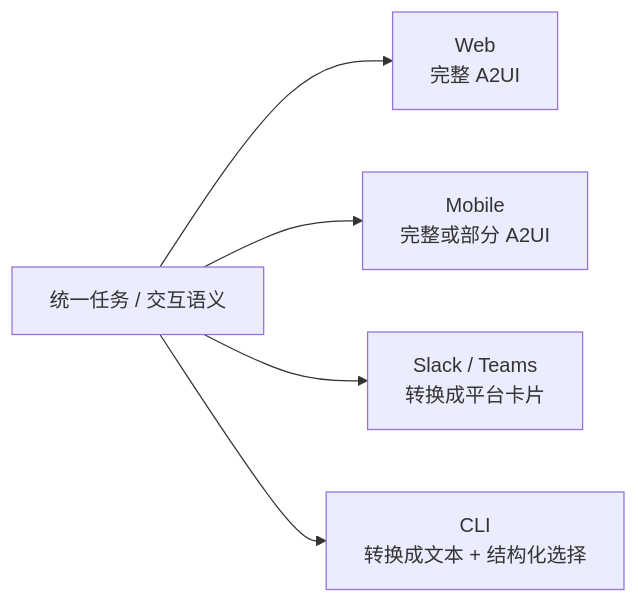
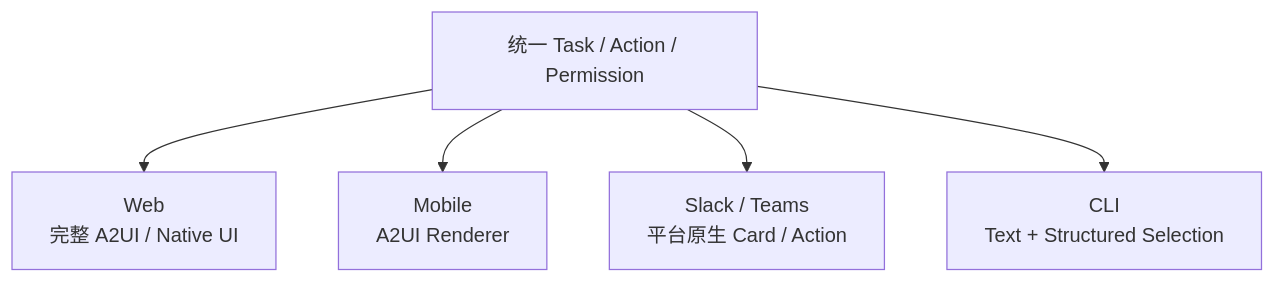
One commit to Nunchakus888/dossierkit changed the seventh of 12 diagrams in profiles/default/content/zh/notes/ag-ui-a2ui-agent-runtime-generative-ui-ai-native.mdx. Above: the diagram before and after it, drawn with Mermaid. The commit also changed other lines of this file, not shown here.

```diff
--- a/profiles/default/content/zh/notes/ag-ui-a2ui-agent-runtime-generative-ui-ai-native.mdx
+++ b/profiles/default/content/zh/notes/ag-ui-a2ui-agent-runtime-generative-ui-ai-native.mdx
@@ -428,7 +326,8 @@
 ~~~mermaid
-flowchart LR
-  A["统一任务 / 交互语义"] --> W["Web\n完整 A2UI"]
-  A --> APP["Mobile\n完整或部分 A2UI"]
-  A --> S["Slack / Teams\n转换成平台卡片"]
-  A --> C["CLI\n转换成文本 + 结构化选择"]
+flowchart TB
+  T["统一 Task / Action / Permission"]
+  T --> W["Web\n完整 A2UI / Native UI"]
+  T --> M["Mobile\nA2UI Renderer"]
+  T --> S["Slack / Teams\n平台原生 Card / Action"]
+  T --> C["CLI\nText + Structured Selection"]
 ~~~
```
